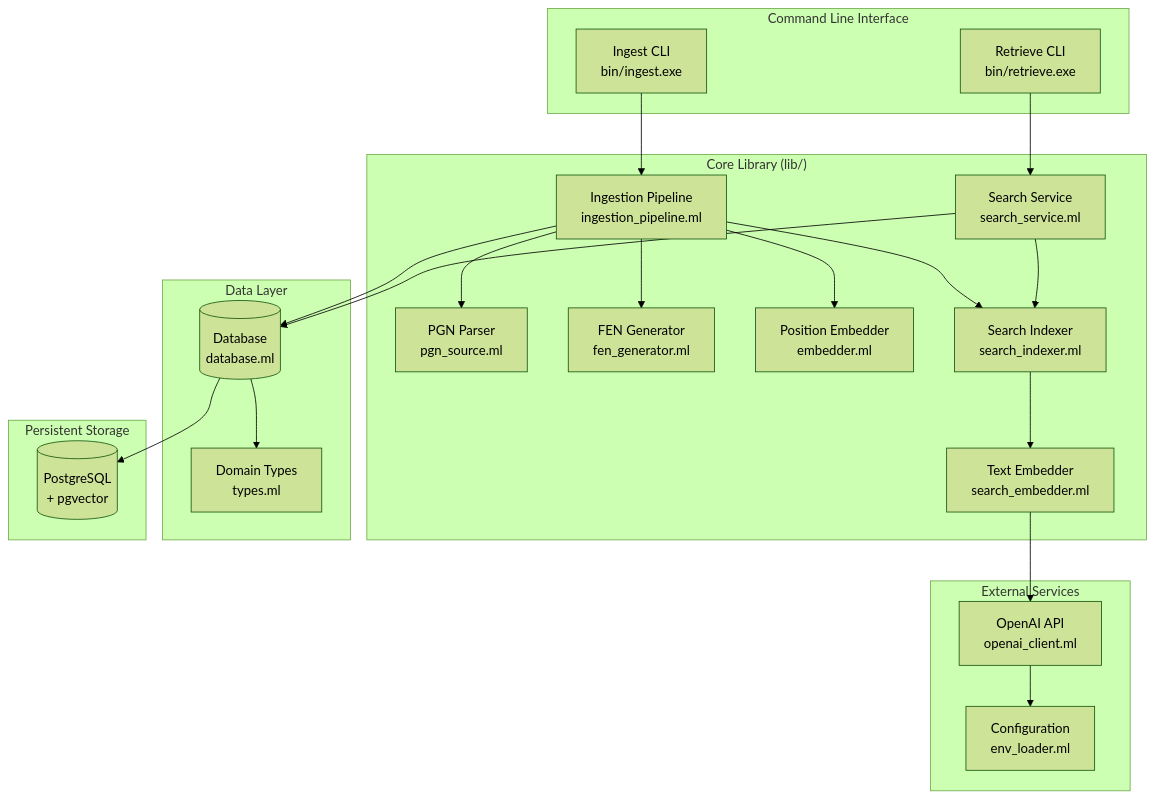
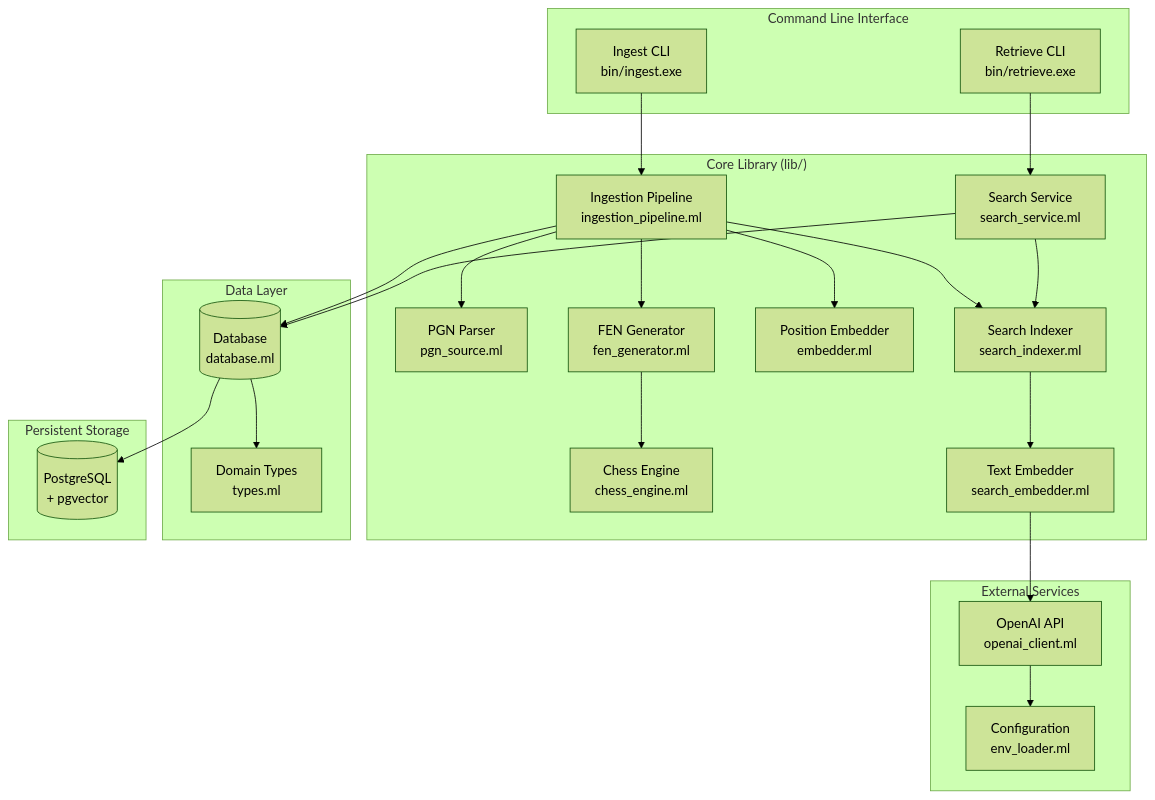
Before and after one commit to HendrikReh/chessbuddy: the first of 4 diagrams in docs/ARCHITECTURE.md, drawn with Mermaid (forest theme). The commit also changed other lines of this file and 10 other files, not shown here.

First line of the commit message:
fix: resolve chess engine test failures (54/54 passing)

````diff
--- a/docs/ARCHITECTURE.md
+++ b/docs/ARCHITECTURE.md
@@ -37,46 +37,48 @@
 ```mermaid
 flowchart TB
     subgraph CLI["Command Line Interface"]
         ING[Ingest CLI<br/>bin/ingest.exe]
         RET[Retrieve CLI<br/>bin/retrieve.exe]
     end
 
     subgraph CORE["Core Library (lib/)"]
         PIPE[Ingestion Pipeline<br/>ingestion_pipeline.ml]
         PGN[PGN Parser<br/>pgn_source.ml]
+        CHESS[Chess Engine<br/>chess_engine.ml]
         FEN[FEN Generator<br/>fen_generator.ml]
         EMB[Position Embedder<br/>embedder.ml]
         SEARCH[Search Service<br/>search_service.ml]
         IDX[Search Indexer<br/>search_indexer.ml]
         SEMB[Text Embedder<br/>search_embedder.ml]
     end
 
     subgraph DATA["Data Layer"]
         DB[(Database<br/>database.ml)]
         TYPES[Domain Types<br/>types.ml]
     end
 
     subgraph EXT["External Services"]
         OPENAI[OpenAI API<br/>openai_client.ml]
         ENV[Configuration<br/>env_loader.ml]
     end
 
     subgraph STORE["Persistent Storage"]
         PG[(PostgreSQL<br/>+ pgvector)]
     end
 
     ING --> PIPE
     RET --> SEARCH
     PIPE --> PGN
     PIPE --> FEN
+    FEN --> CHESS
     PIPE --> EMB
     PIPE --> IDX
     SEARCH --> IDX
     IDX --> SEMB
     SEMB --> OPENAI
     OPENAI --> ENV
     PIPE --> DB
     SEARCH --> DB
     DB --> TYPES
     DB --> PG
 ```
````
